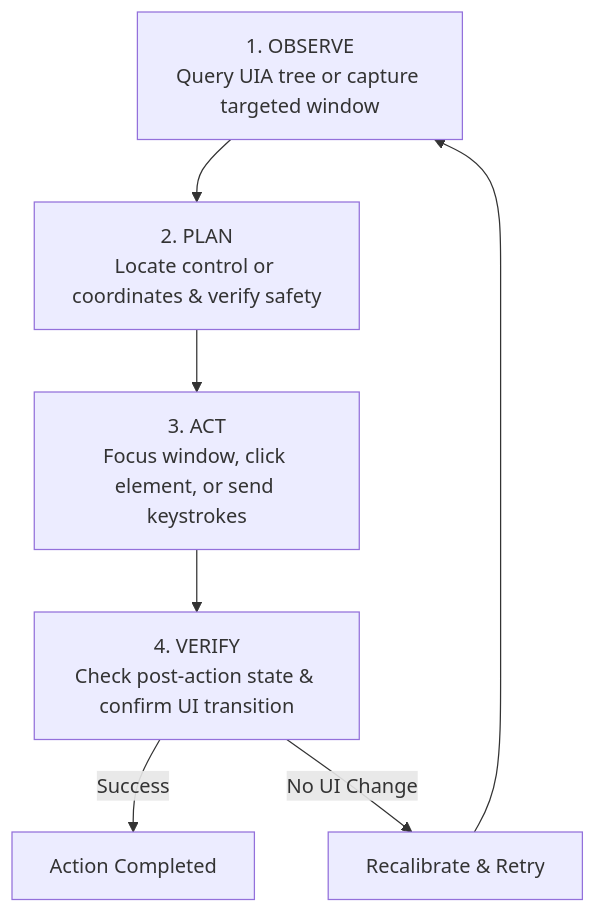
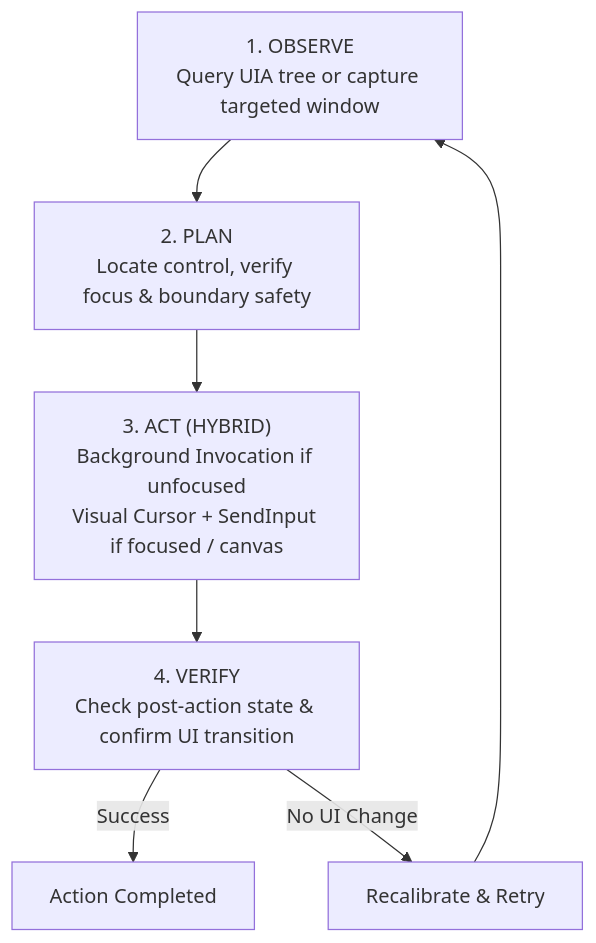
Before and after one commit to nishantshaligram/nexus-pilot-desktop: the diagram in nexus-pilot/skills/desktop-human-pilot/SKILL.md, drawn with Mermaid. The commit also changed other lines of this file and 7 other files, not shown here.

Commit message:
feat: implement intelligent hybrid actuation, background UIA invocation, and strict application boundary isolation

````diff
--- a/nexus-pilot/skills/desktop-human-pilot/SKILL.md
+++ b/nexus-pilot/skills/desktop-human-pilot/SKILL.md
@@ -16,12 +16,12 @@
 ```mermaid
 flowchart TD
     O["1. OBSERVE\nQuery UIA tree or capture targeted window"]
-    P["2. PLAN\nLocate control or coordinates & verify safety"]
-    A["3. ACT\nFocus window, click element, or send keystrokes"]
+    P["2. PLAN\nLocate control, verify focus & boundary safety"]
+    A["3. ACT (HYBRID)\nBackground Invocation if unfocused\nVisual Cursor + SendInput if focused / canvas"]
     V["4. VERIFY\nCheck post-action state & confirm UI transition"]
 
     O --> P --> A --> V
     V -->|Success| Done["Action Completed"]
     V -->|No UI Change| Retry["Recalibrate & Retry"]
     Retry --> O
 ```
````
